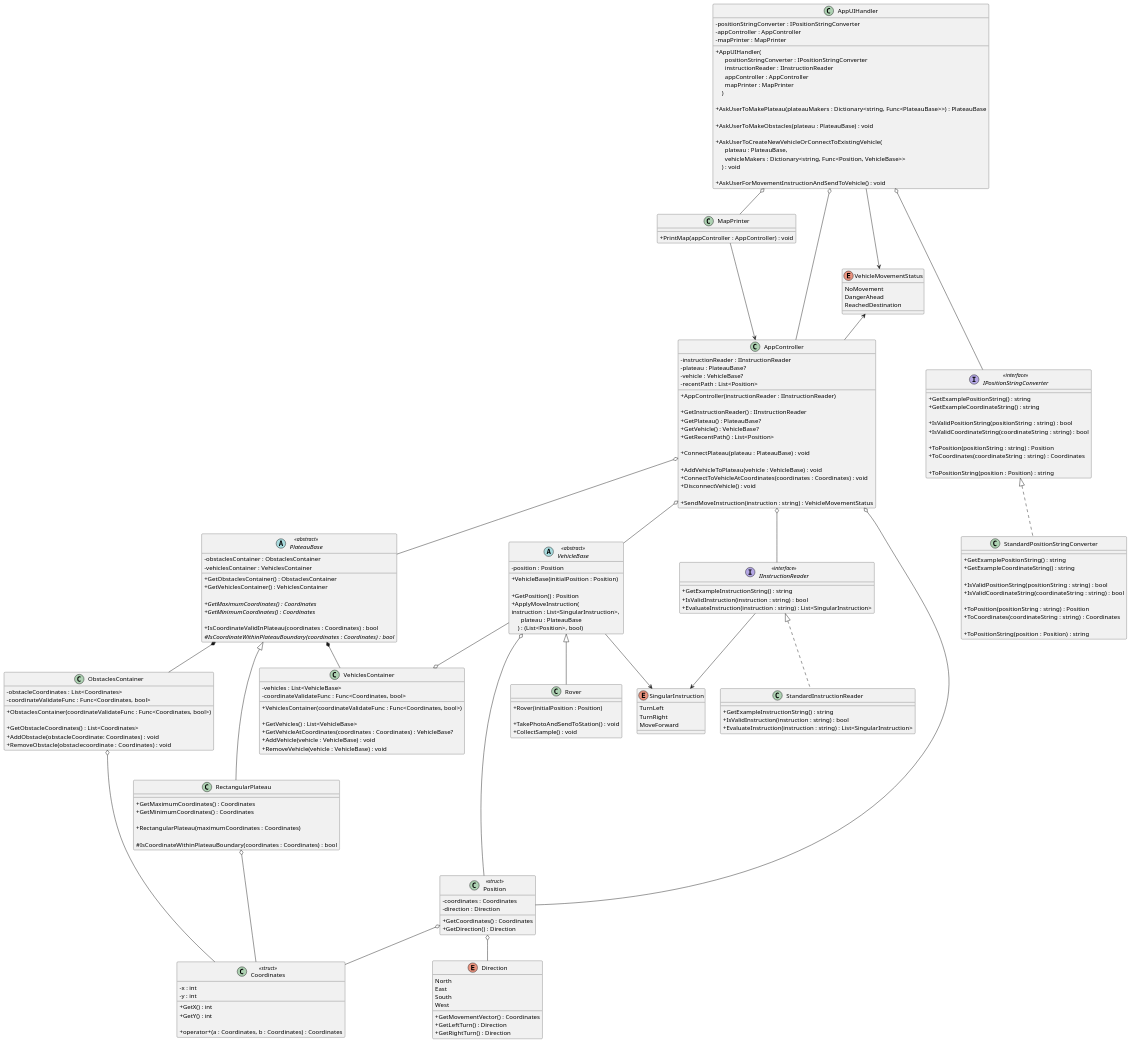
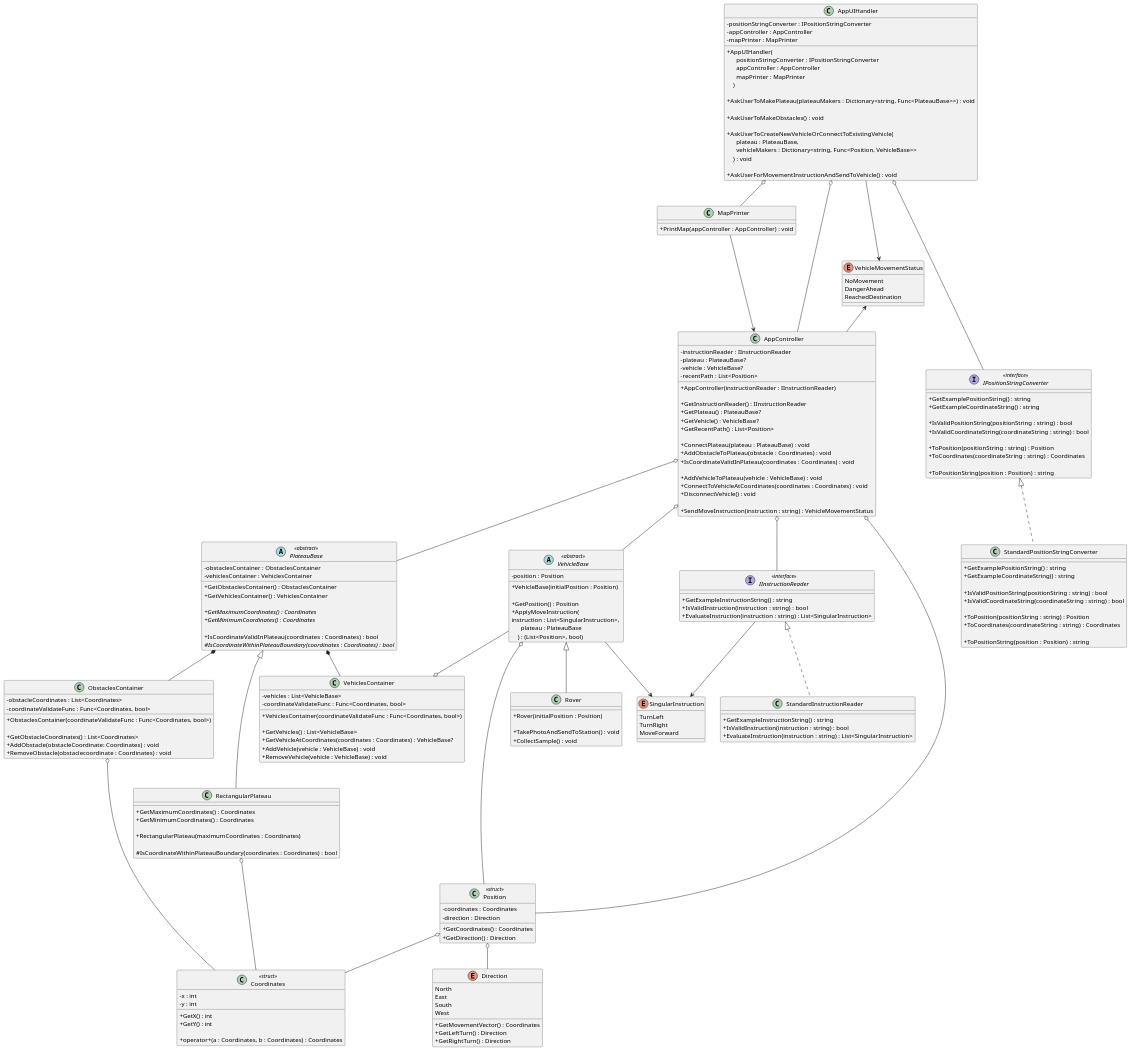
One commit to iamfranco/MarsRoverChallenge changed the diagram in diagrams/MarsRoverChallenge.puml. Above: the diagram before and after it, drawn with PlantUML. The commit also changed 1 other file, not shown here.

Commit message:
UML: add AddObstaclesToPlateau and IsCoordinateValidInPlateau methods to AppController, and remove PlateauBase input parameter and return type for AppUIHandler methods

```diff
--- a/diagrams/MarsRoverChallenge.puml
+++ b/diagrams/MarsRoverChallenge.puml
@@ -14,14 +14,13 @@
 
   + AppUIHandler( \n\
       positionStringConverter : IPositionStringConverter \n\
-      instructionReader : IInstructionReader \n\
       appController : AppController \n\
       mapPrinter : MapPrinter \n\
     )
 
-  + AskUserToMakePlateau(plateauMakers : Dictionary<string, Func<PlateauBase>>) : PlateauBase
+  + AskUserToMakePlateau(plateauMakers : Dictionary<string, Func<PlateauBase>>) : void
   
-  + AskUserToMakeObstacles(plateau : PlateauBase) : void
+  + AskUserToMakeObstacles() : void
 
   + AskUserToCreateNewVehicleOrConnectToExistingVehicle( \n\
       plateau : PlateauBase, \n\
@@ -53,6 +52,8 @@
   + GetRecentPath() : List<Position>
 
   + ConnectPlateau(plateau : PlateauBase) : void
+  + AddObstacleToPlateau(obstacle : Coordinates) : void
+  + IsCoordinateValidInPlateau(coordinates : Coordinates) : void
 
   + AddVehicleToPlateau(vehicle : VehicleBase) : void
   + ConnectToVehicleAtCoordinates(coordinates : Coordinates) : void
```
